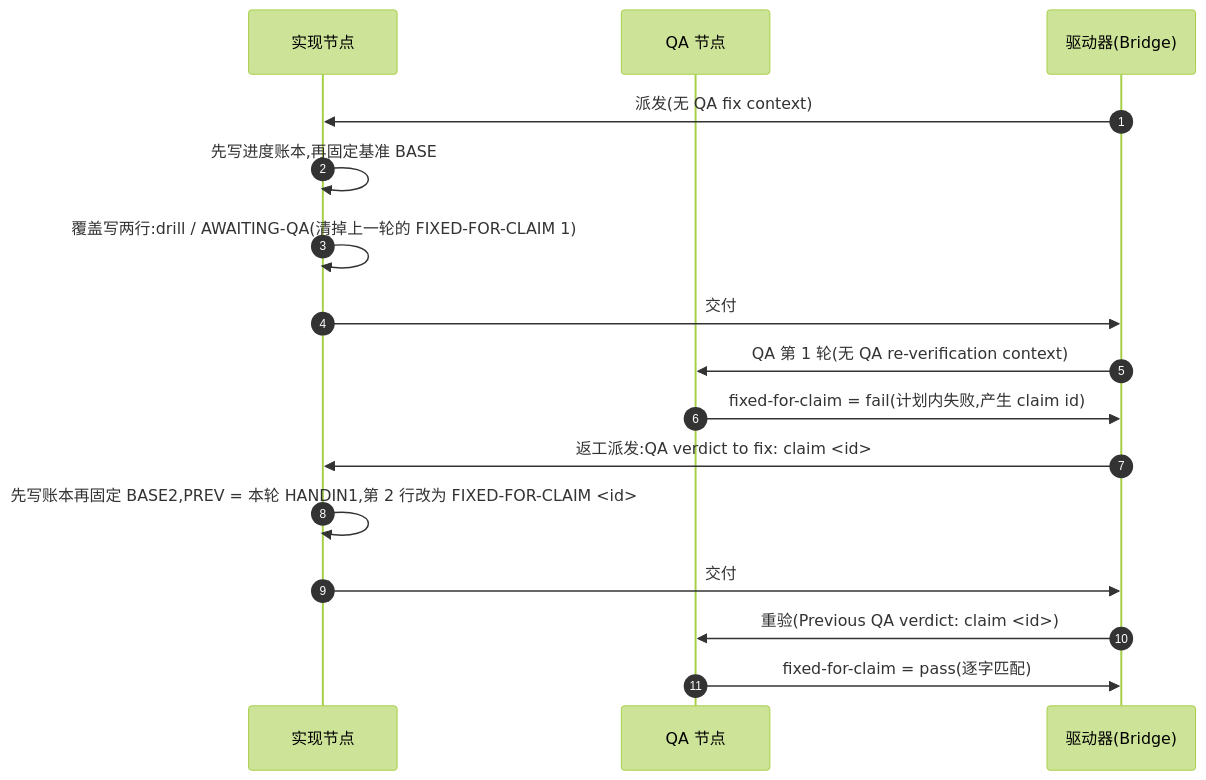
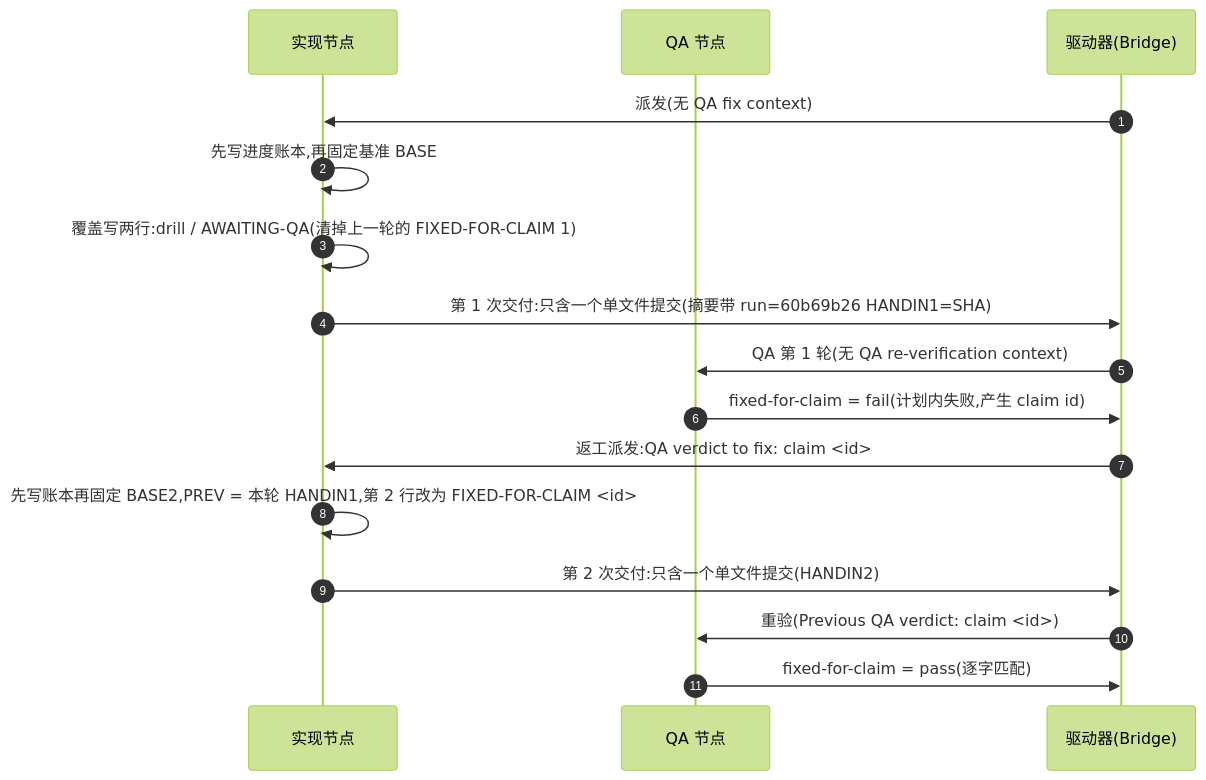
The diagram in engineering/doc/FLY-3150-real-runner-drill/d1-core-flow.mmd (xrliAnnie/flywheel-qa-sandbox), drawn with Mermaid (forest theme) before and after one commit. The commit also changed 2 other files, not shown here.

Commit message:
docs(FLY-3150): founder design HTML for run 60b69b26

```diff
--- a/engineering/doc/FLY-3150-real-runner-drill/d1-core-flow.mmd
+++ b/engineering/doc/FLY-3150-real-runner-drill/d1-core-flow.mmd
@@ -1,16 +1,16 @@
 sequenceDiagram
     autonumber
     participant I as 实现节点
     participant Q as QA 节点
     participant B as 驱动器(Bridge)
     B->>I: 派发(无 QA fix context)
     I->>I: 先写进度账本,再固定基准 BASE
     I->>I: 覆盖写两行:drill / AWAITING-QA(清掉上一轮的 FIXED-FOR-CLAIM 1)
-    I->>B: 交付 #1:只含一个单文件提交(摘要带 run=56c48d76 HANDIN1=SHA)
+    I->>B: 第 1 次交付:只含一个单文件提交(摘要带 run=60b69b26 HANDIN1=SHA)
     B->>Q: QA 第 1 轮(无 QA re-verification context)
     Q->>B: fixed-for-claim = fail(计划内失败,产生 claim id)
     B->>I: 返工派发:QA verdict to fix: claim <id>
     I->>I: 先写账本再固定 BASE2,PREV = 本轮 HANDIN1,第 2 行改为 FIXED-FOR-CLAIM <id>
-    I->>B: 交付 #2:只含一个单文件提交(HANDIN2)
+    I->>B: 第 2 次交付:只含一个单文件提交(HANDIN2)
     B->>Q: 重验(Previous QA verdict: claim <id>)
     Q->>B: fixed-for-claim = pass(逐字匹配)
```
